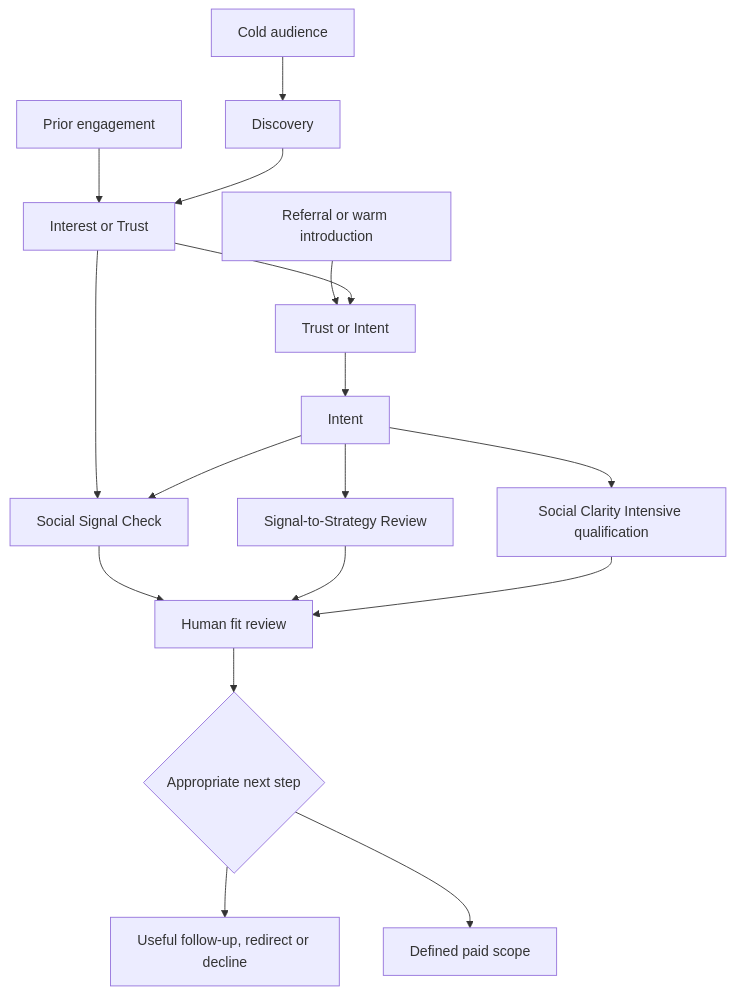
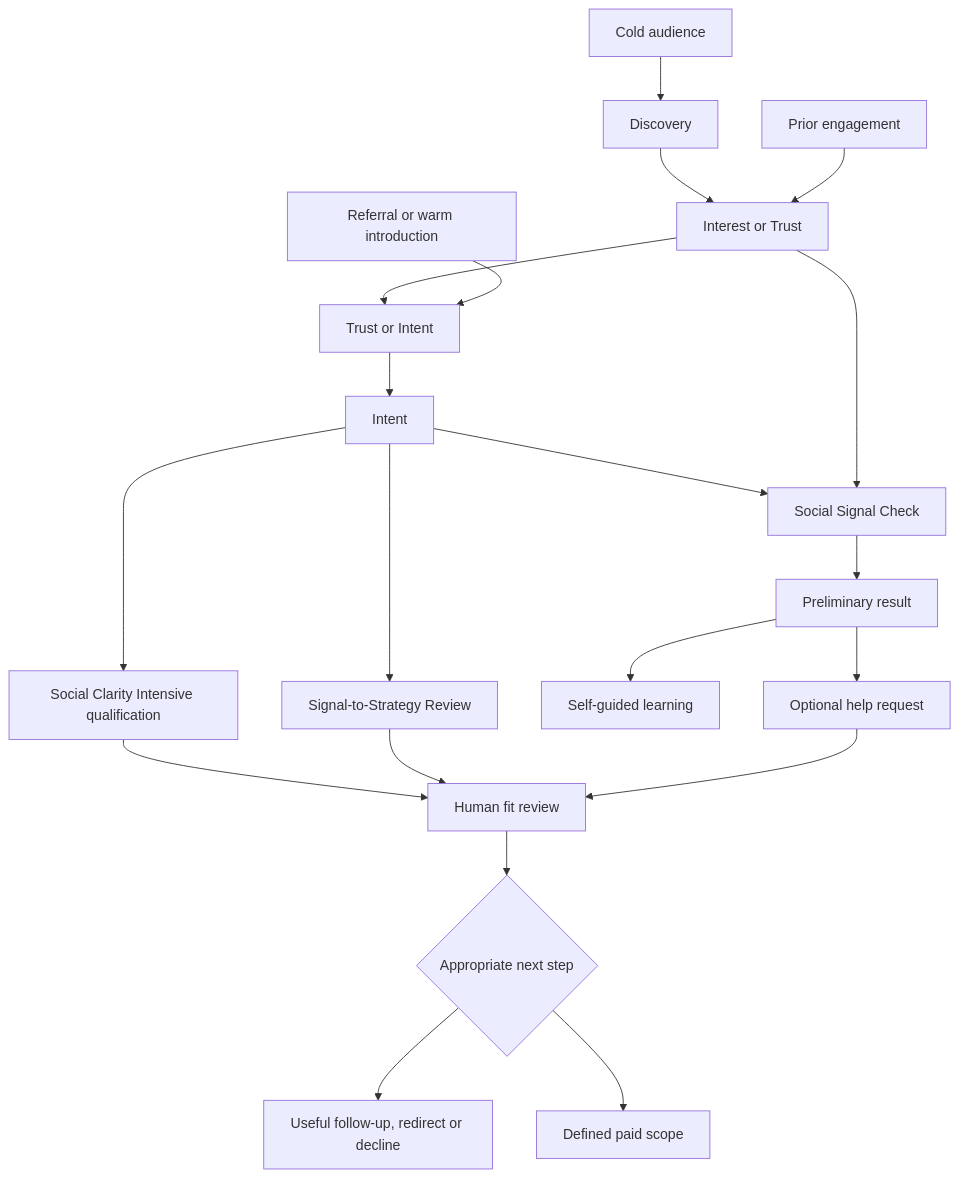
One commit to cloud-mind-social/cloud-mind-social changed the first of 2 diagrams in Social-Media-Structure/Phase-4/PHASE_4_Funnel_Content_Strategy_Working_Draft.md. Above: the diagram before and after it, drawn with Mermaid. The commit also changed other lines of this file, not shown here.

````diff
--- a/Social-Media-Structure/Phase-4/PHASE_4_Funnel_Content_Strategy_Working_Draft.md
+++ b/Social-Media-Structure/Phase-4/PHASE_4_Funnel_Content_Strategy_Working_Draft.md
@@ -34,19 +34,22 @@
 ```mermaid
 flowchart TD
     C["Cold audience"] --> D["Discovery"]
     W["Prior engagement"] --> I["Interest or Trust"]
     R["Referral or warm introduction"] --> T["Trust or Intent"]
     D --> I
     I --> T
     T --> N["Intent"]
     I --> S["Social Signal Check"]
     N --> S
     N --> V["Signal-to-Strategy Review"]
     N --> P["Social Clarity Intensive qualification"]
-    S --> Q["Human fit review"]
+    S --> E["Preliminary result"]
+    E --> L["Self-guided learning"]
+    E --> H["Optional help request"]
+    H --> Q["Human fit review"]
     V --> Q
     P --> Q
     Q --> O{"Appropriate next step"}
     O --> U["Useful follow-up, redirect or decline"]
     O --> B["Defined paid scope"]
 ```
````
